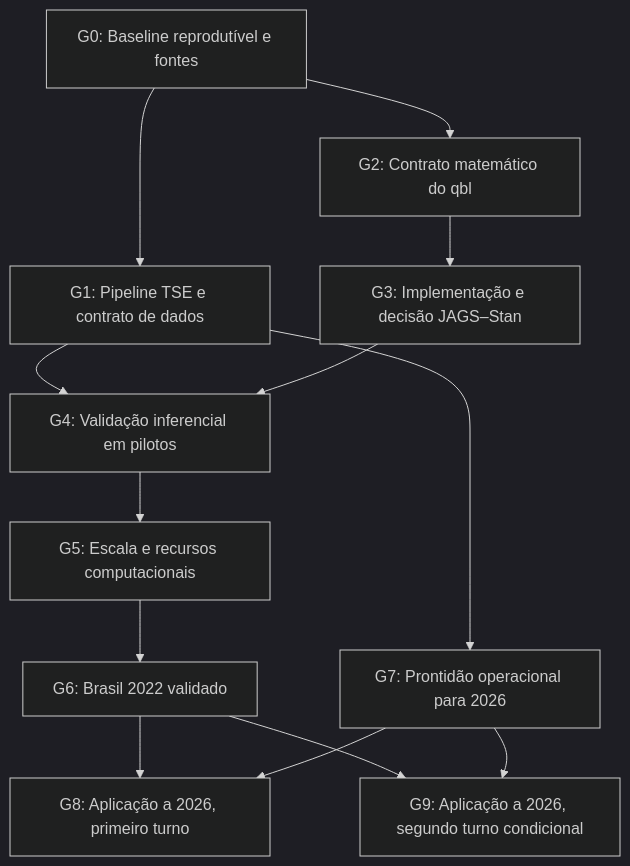
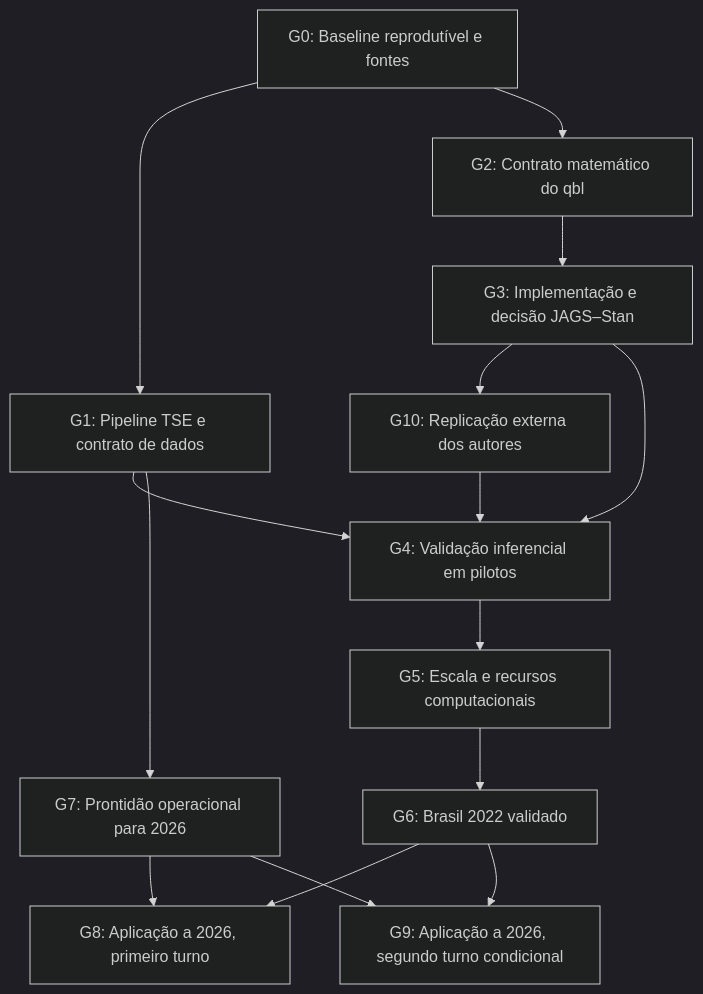
The diagram in quality_reports/plans/2026-09-28_mebane_2022_2026_gates.md (mgaldino/electoral-fraud-br), drawn with Mermaid (dark theme) before and after one commit. The commit also changed other lines of this file and 178 other files, not shown here.

````diff
--- a/quality_reports/plans/2026-09-28_mebane_2022_2026_gates.md
+++ b/quality_reports/plans/2026-09-28_mebane_2022_2026_gates.md
@@ -24,25 +24,28 @@
 ```mermaid
 flowchart TD
     G0["G0: Baseline reprodutível e fontes"]
     G1["G1: Pipeline TSE e contrato de dados"]
     G0 --> G1
     G2["G2: Contrato matemático do qbl"]
     G0 --> G2
     G3["G3: Implementação e decisão JAGS–Stan"]
     G2 --> G3
+    G10["G10: Replicação externa dos autores"]
+    G3 --> G10
     G4["G4: Validação inferencial em pilotos"]
     G1 --> G4
     G3 --> G4
+    G10 --> G4
     G5["G5: Escala e recursos computacionais"]
     G4 --> G5
     G6["G6: Brasil 2022 validado"]
     G5 --> G6
     G7["G7: Prontidão operacional para 2026"]
     G1 --> G7
     G8["G8: Aplicação a 2026, primeiro turno"]
     G6 --> G8
     G7 --> G8
     G9["G9: Aplicação a 2026, segundo turno condicional"]
     G6 --> G9
     G7 --> G9
 ```
````
